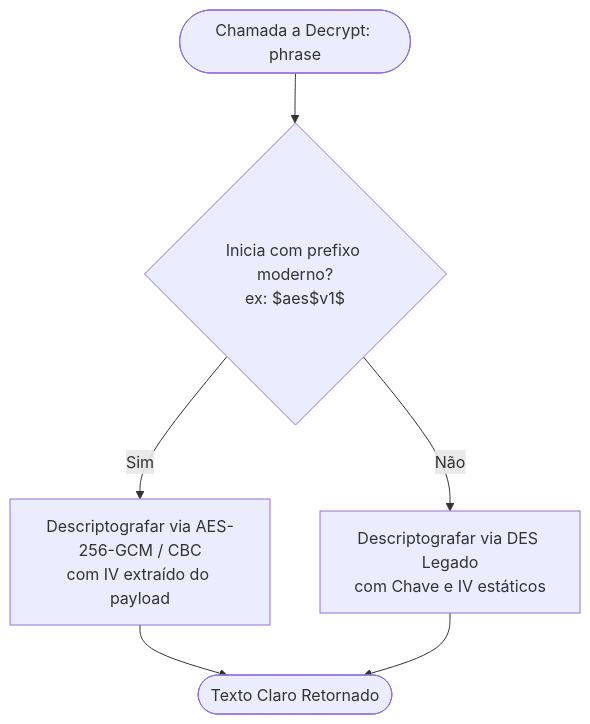
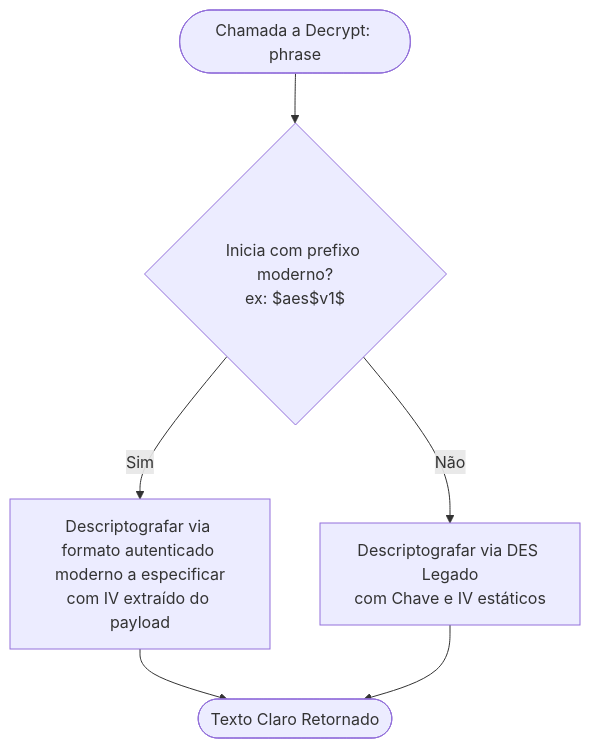
The first of 2 diagrams in docs/dependency-and-security-audit.md (softprime/Softprime.Framework), drawn with Mermaid before and after one commit. The commit also changed other lines of this file and 1 other file, not shown here.

````diff
--- a/docs/dependency-and-security-audit.md
+++ b/docs/dependency-and-security-audit.md
@@ -140,8 +140,8 @@
 ```mermaid
 flowchart TD
     Start([Chamada a Decrypt: phrase]) --> CheckFormat{Inicia com prefixo moderno?<br>ex: $aes$v1$}
-    CheckFormat -- Sim --> DecryptAes[Descriptografar via AES-256-GCM / CBC<br>com IV extraído do payload]
+    CheckFormat -- Sim --> DecryptAes[Descriptografar via formato autenticado moderno a especificar<br>com IV extraído do payload]
     CheckFormat -- Não --> DecryptLegacy[Descriptografar via DES Legado<br>com Chave e IV estáticos]
     DecryptAes --> Retorno([Texto Claro Retornado])
     DecryptLegacy --> Retorno
 ```
````
